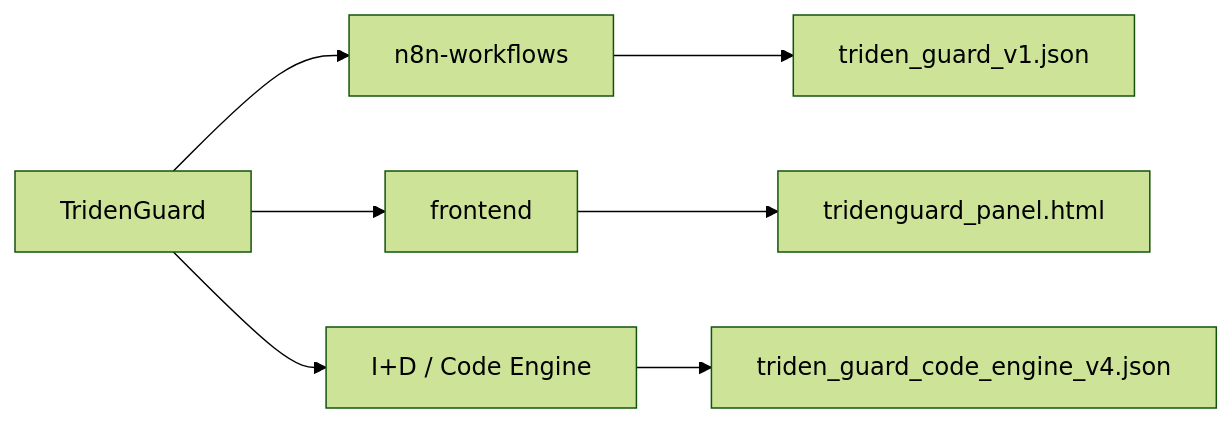
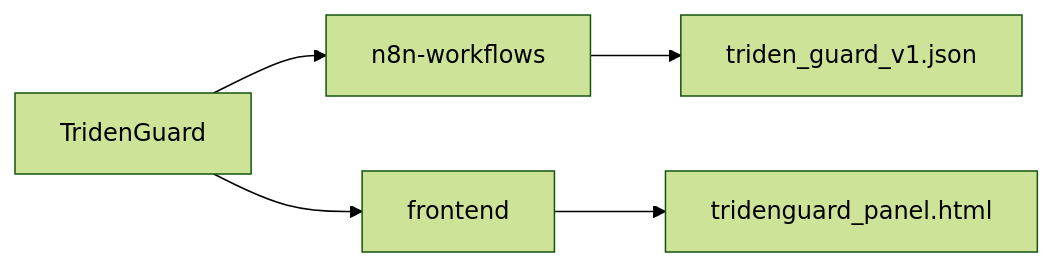
Before and after one commit to AlexusPacicus/TridenGuard: the second of 2 diagrams in README.md, drawn with Mermaid (forest theme).

Commit message:
docs: remove research references to maintain hackathon focus

````diff
--- a/README.md
+++ b/README.md
@@ -66,11 +66,9 @@
 ```mermaid
 graph LR
     Root[TridenGuard]
     Root --> Workflows[n8n-workflows]
     Root --> UI[frontend]
-    Root --> Research[I+D / Code Engine]
     
     Workflows --> W1[triden_guard_v1.json]
     UI --> U1[tridenguard_panel.html]
-    Research --> R1[triden_guard_code_engine_v4.json]
 ```
````
